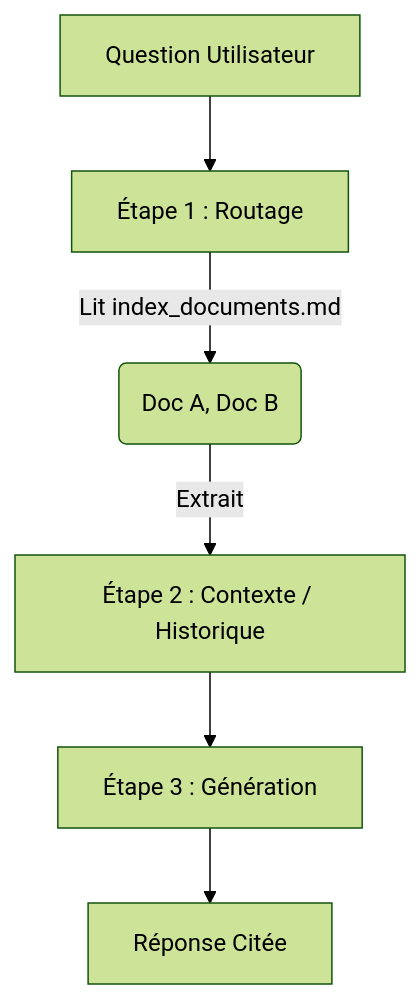
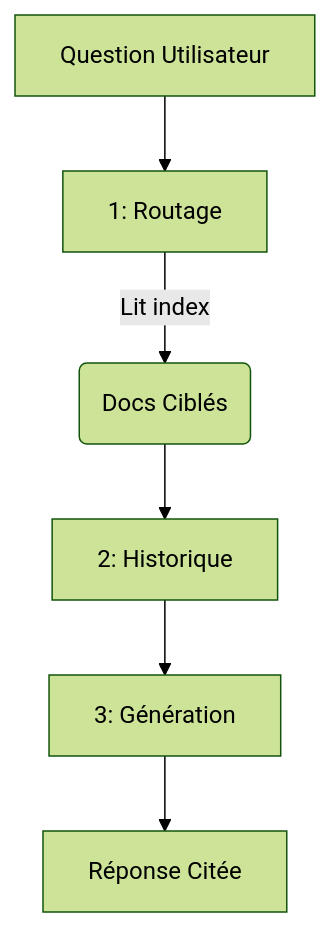
Before and after one commit to supergmax/NoRag: the diagram in presentation/slides.md, drawn with Mermaid (forest theme). The commit also changed other lines of this file, not shown here.

````diff
--- a/presentation/slides.md
+++ b/presentation/slides.md
@@ -109,8 +132,8 @@
 ```mermaid
 graph TD
-    Q[Question Utilisateur] --> R[Étape 1 : Routage]
-    R -->|Lit index_documents.md| Docs(Doc A, Doc B)
-    Docs -->|Extrait| C[Étape 2 : Contexte / Historique]
-    C --> G[Étape 3 : Génération]
+    Q[Question Utilisateur] --> R[1: Routage]
+    R -->|Lit index| Docs(Docs Ciblés)
+    Docs --> C[2: Historique]
+    C --> G[3: Génération]
     G --> A[Réponse Citée]
 ```
````
